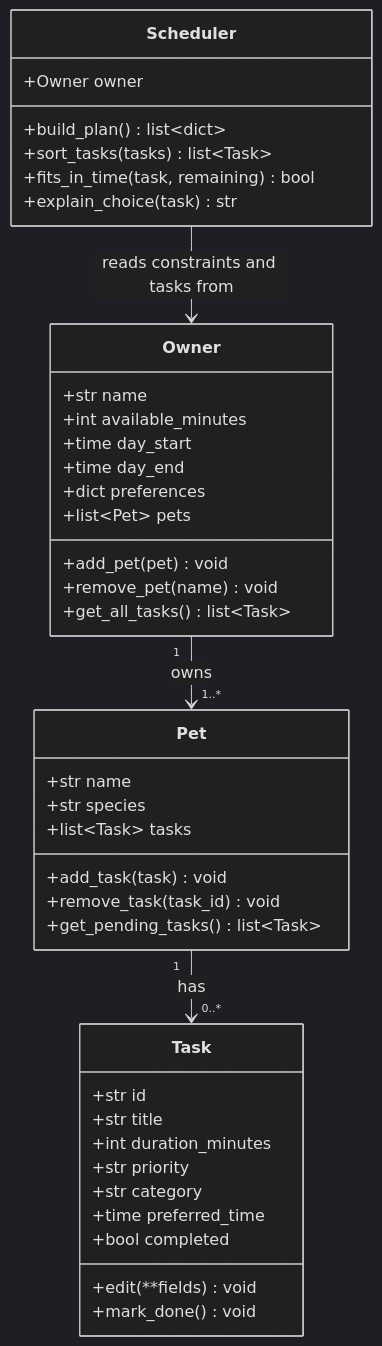
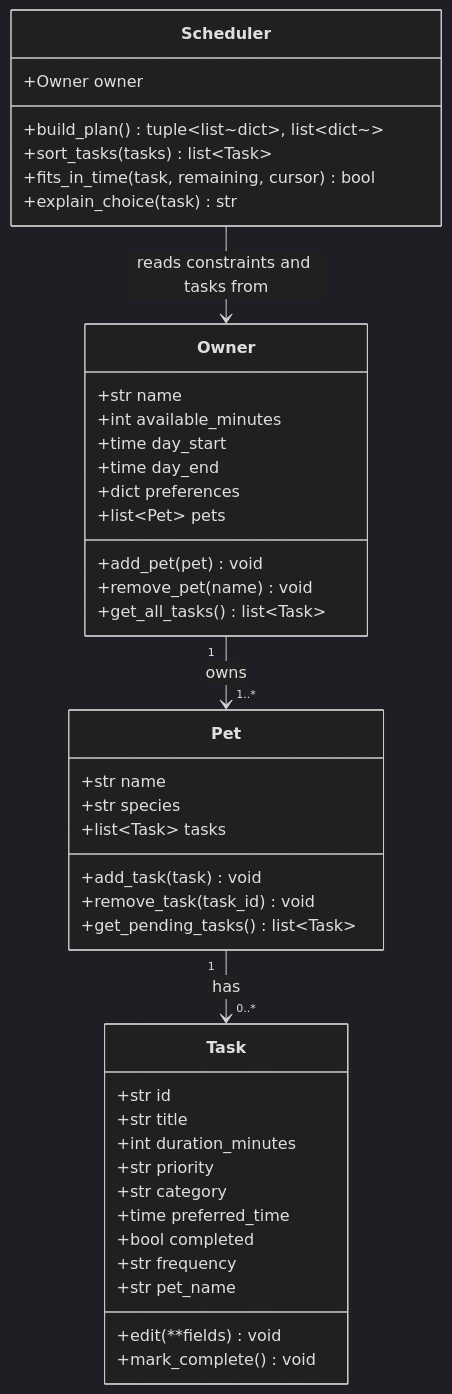
The diagram in diagrams/uml.mmd (Mike-HXW/ai110-module2show-pawpal-starter), drawn with Mermaid (dark theme) before and after one commit. The commit also changed 5 other files, not shown here.

```diff
--- a/diagrams/uml.mmd
+++ b/diagrams/uml.mmd
@@ -1,45 +1,47 @@
 classDiagram
     class Owner {
         +str name
         +int available_minutes
         +time day_start
         +time day_end
         +dict preferences
         +list~Pet~ pets
         +add_pet(pet) void
         +remove_pet(name) void
         +get_all_tasks() list~Task~
     }
 
     class Pet {
         +str name
         +str species
         +list~Task~ tasks
         +add_task(task) void
         +remove_task(task_id) void
         +get_pending_tasks() list~Task~
     }
 
     class Task {
         +str id
         +str title
         +int duration_minutes
         +str priority
         +str category
         +time preferred_time
         +bool completed
+        +str frequency
+        +str pet_name
         +edit(**fields) void
-        +mark_done() void
+        +mark_complete() void
     }
 
     class Scheduler {
         +Owner owner
-        +build_plan() list~dict~
+        +build_plan() tuple~list~dict~, list~dict~~
         +sort_tasks(tasks) list~Task~
-        +fits_in_time(task, remaining) bool
+        +fits_in_time(task, remaining, cursor) bool
         +explain_choice(task) str
     }
 
     Owner "1" --> "1..*" Pet : owns
     Pet "1" --> "0..*" Task : has
     Scheduler --> Owner : reads constraints and tasks from
```
